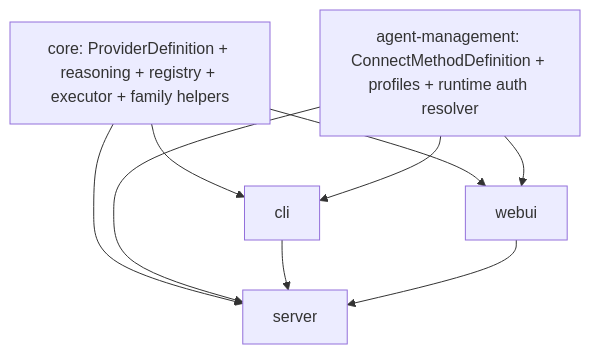
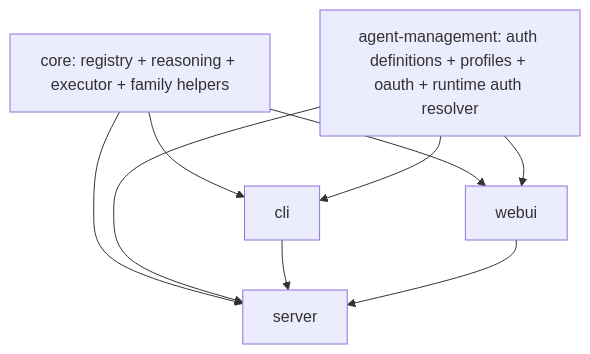
Before and after one commit to truffle-ai/dexto: the fourth of 4 diagrams in feature-plans/oauth-and-more-providers/v2/PROPOSED_MODULE_TREE.md, drawn with Mermaid. The commit also changed other lines of this file and 2 other files, not shown here.

````diff
--- a/feature-plans/oauth-and-more-providers/v2/PROPOSED_MODULE_TREE.md
+++ b/feature-plans/oauth-and-more-providers/v2/PROPOSED_MODULE_TREE.md
@@ -552,13 +557,13 @@
 ```mermaid
 flowchart TD
-    A["core: ProviderDefinition + reasoning + registry + executor + family helpers"] --> B["server"]
+    A["core: registry + reasoning + executor + family helpers"] --> B["server"]
     A --> C["cli"]
     A --> D["webui"]
 
-    E["agent-management: ConnectMethodDefinition + profiles + runtime auth resolver"] --> B
+    E["agent-management: auth definitions + profiles + oauth + runtime auth resolver"] --> B
     E --> C
     E --> D
 
     C --> B
     D --> B
 ```
````
